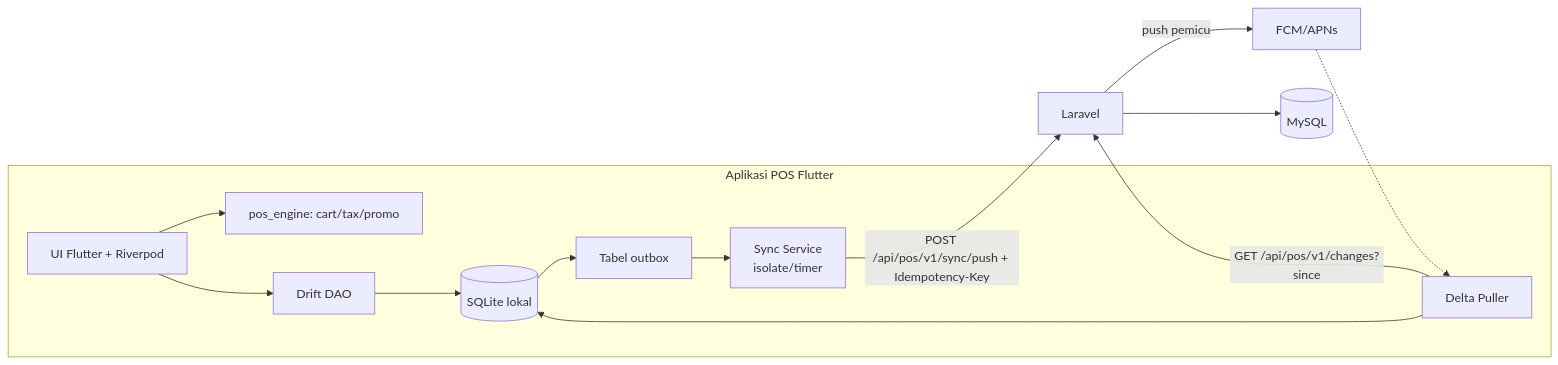
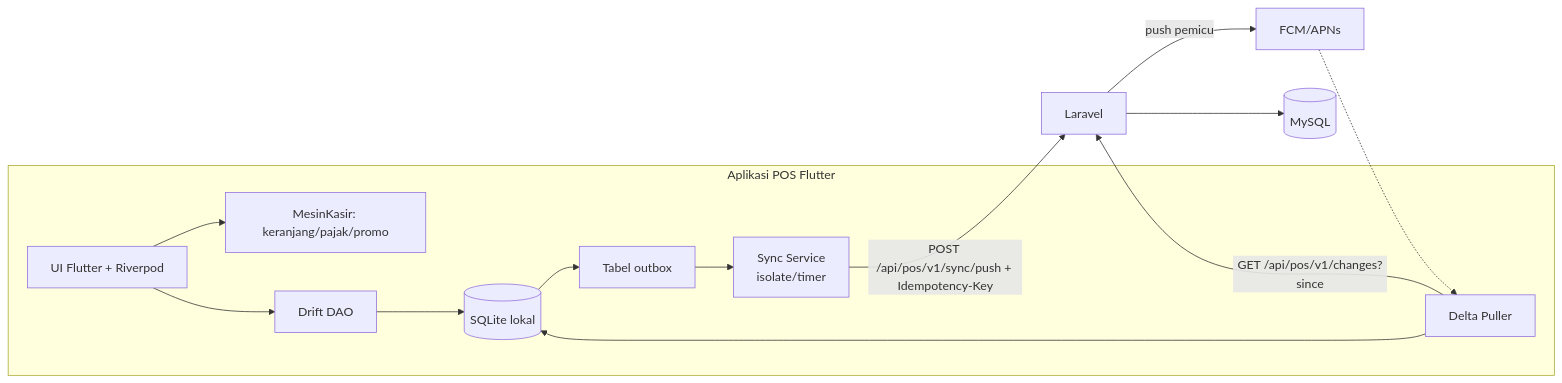
The eighth of 9 diagrams in PRD.md (ahmad-affandi08/POS-SAAS), drawn with Mermaid before and after one commit. The commit also changed other lines of this file, not shown here.

````diff
--- a/PRD.md
+++ b/PRD.md
@@ -2223,15 +2413,15 @@
 ```mermaid
 flowchart LR
     subgraph APP["Aplikasi POS Flutter"]
-      UI[UI Flutter + Riverpod] --> ENG[pos_engine: cart/tax/promo]
+      UI[UI Flutter + Riverpod] --> ENG[MesinKasir: keranjang/pajak/promo]
       UI --> DAO[Drift DAO]
       DAO --> DB[(SQLite lokal)]
       DB --> OB[Tabel outbox]
       OB --> SYNC[Sync Service<br/>isolate/timer]
       PULL[Delta Puller] --> DB
     end
     SYNC -- POST /api/pos/v1/sync/push + Idempotency-Key --> API[Laravel]
     PULL -- GET /api/pos/v1/changes?since --> API
     API -- push pemicu --> FCM[FCM/APNs] -.-> PULL
     API --> MY[(MySQL)]
 ```
````
